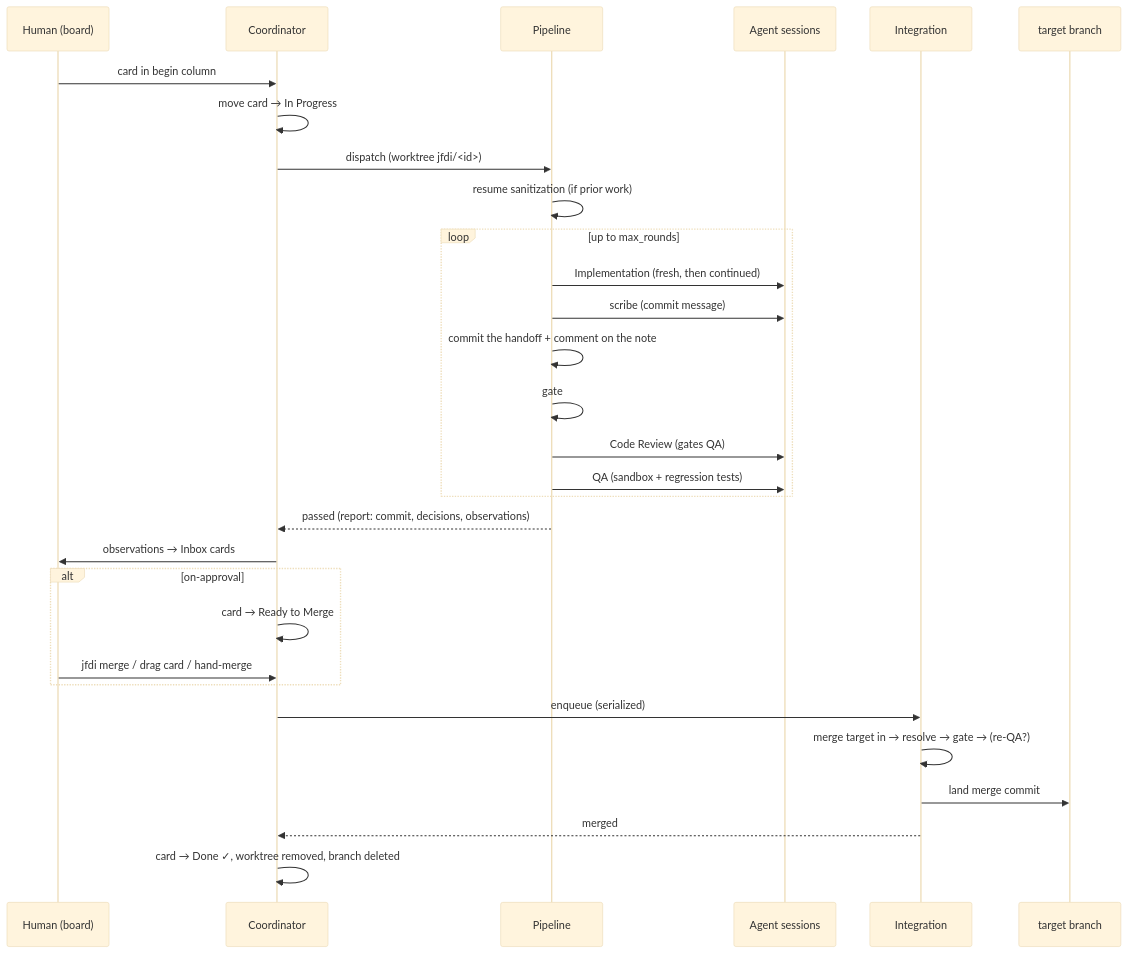
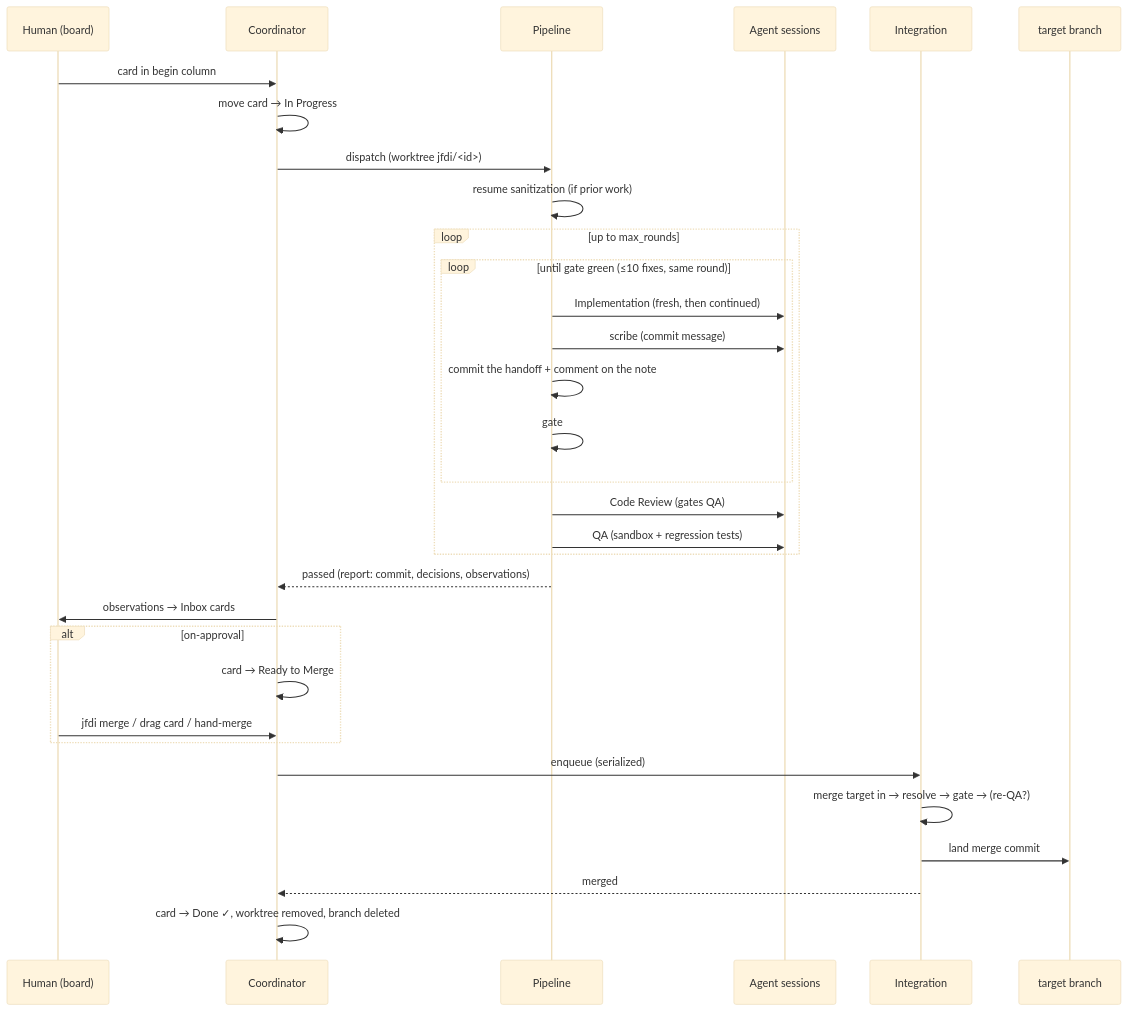
One commit to rdaruszka/jfdi changed the second of 2 diagrams in docs/architecture/overview.md. Above: the diagram before and after it, drawn with Mermaid (base theme). The commit also changed other lines of this file and 12 other files, not shown here.

First line of the commit message:
Keep gate failures inside the round, and retune the stage prompts

````diff
--- a/docs/architecture/overview.md
+++ b/docs/architecture/overview.md
@@ -120,33 +122,35 @@
 ```mermaid
 sequenceDiagram
     participant H as Human (board)
     participant C as Coordinator
     participant P as Pipeline
     participant A as Agent sessions
     participant I as Integration
     participant G as target branch
 
     H->>C: card in begin column
     C->>C: move card → In Progress
     C->>P: dispatch (worktree jfdi/<id>)
     P->>P: resume sanitization (if prior work)
     loop up to max_rounds
-        P->>A: Implementation (fresh, then continued)
-        P->>A: scribe (commit message)
-        P->>P: commit the handoff + comment on the note
-        P->>P: gate
+        loop until gate green (≤10 fixes, same round)
+            P->>A: Implementation (fresh, then continued)
+            P->>A: scribe (commit message)
+            P->>P: commit the handoff + comment on the note
+            P->>P: gate
+        end
         P->>A: Code Review (gates QA)
         P->>A: QA (sandbox + regression tests)
     end
     P-->>C: passed (report: commit, decisions, observations)
     C->>H: observations → Inbox cards
     alt on-approval
         C->>C: card → Ready to Merge
         H->>C: jfdi merge / drag card / hand-merge
     end
     C->>I: enqueue (serialized)
     I->>I: merge target in → resolve → gate → (re-QA?)
     I->>G: land merge commit
     I-->>C: merged
     C->>C: card → Done ✓, worktree removed, branch deleted
 ```
````
